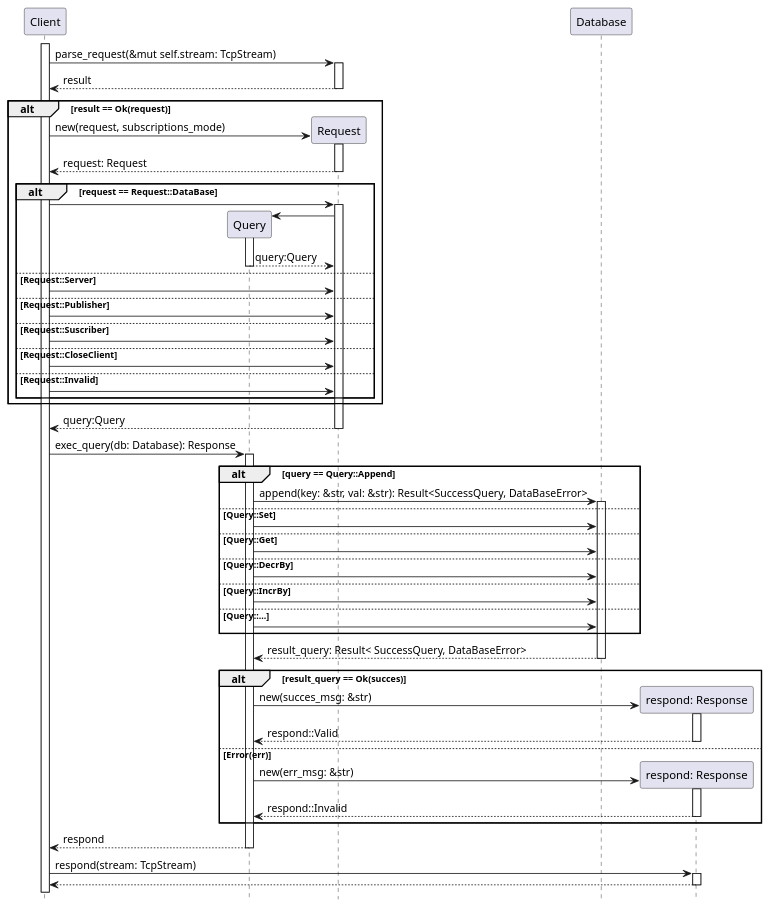
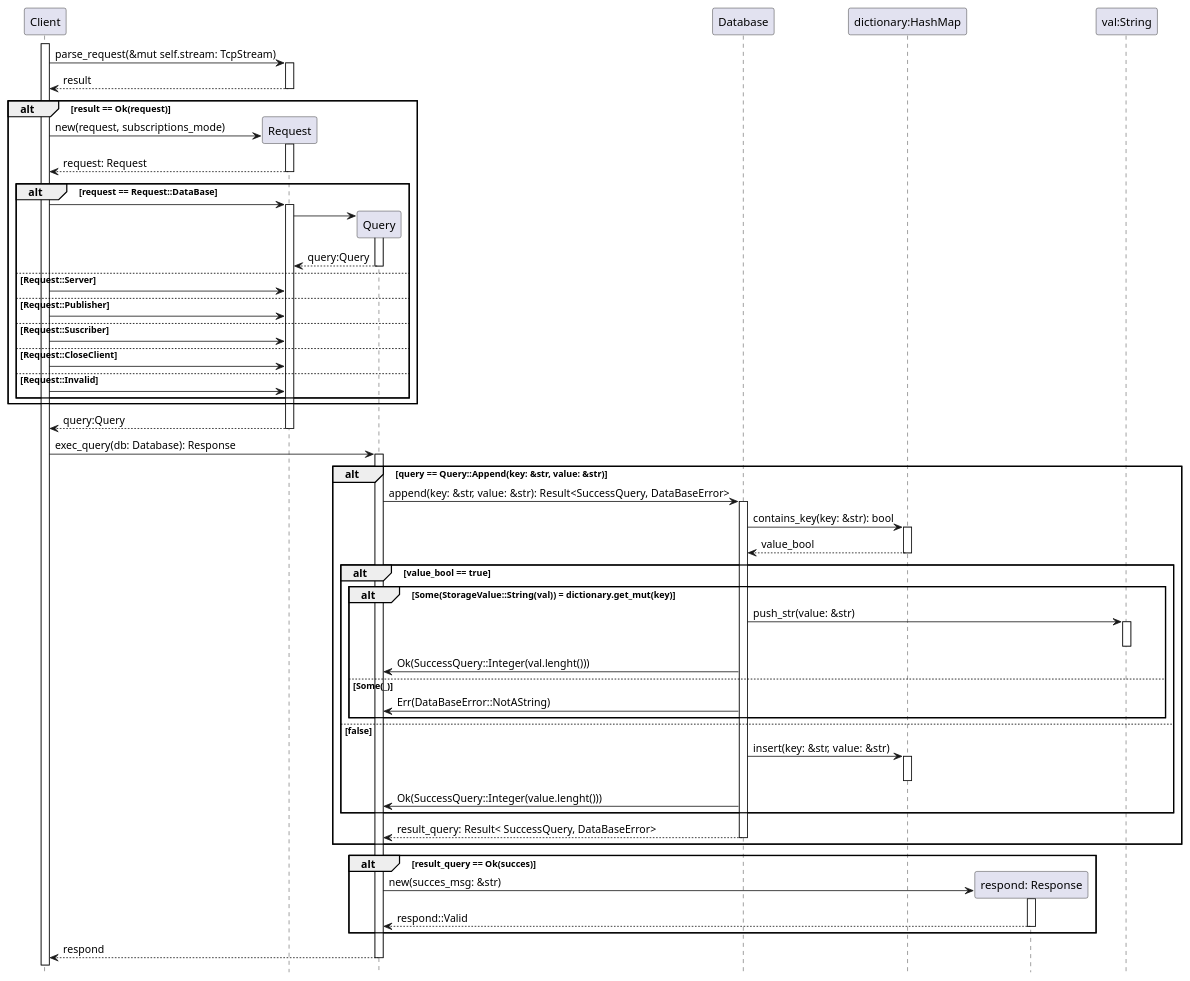
Before and after one commit to taller-1-fiuba-rust/21C1-OxidadosFC: the diagram in src/Diagramas/ds_request_database_append.puml, drawn with PlantUML.

Commit message:
change append diagram

```diff
--- a/src/Diagramas/ds_request_database_append.puml
+++ b/src/Diagramas/ds_request_database_append.puml
@@ -1,68 +1,68 @@
 @startuml handle_client
 hide footbox
 activate Client
 
 
 participant Client order 10
 participant Database order 100
 participant Request order 20
+participant Dictionary as "dictionary:HashMap" order 120
+participant Value as "val:String" order 200
+participant Query order 80
 
     Client -> Request++: parse_request(&mut self.stream: TcpStream)
     return result
 
     alt result == Ok(request) 
         create Request
         Client -> Request++: new(request, subscriptions_mode)
         return request: Request
         alt request == Request::DataBase
             Client -> Request++:
             create Query
             Request -> Query++:
             return query:Query
         else Request::Server
             Client -> Request:
         else Request::Publisher
             Client -> Request:
         else Request::Suscriber
             Client -> Request:
         else Request::CloseClient
             Client -> Request:
         else Request::Invalid
             Client -> Request:
         end
     end
     
     return query:Query
 
     Client -> Query++: exec_query(db: Database): Response
 
-        alt query == Query::Append
-            Query -> Database++: append(key: &str, val: &str): Result<SuccessQuery, DataBaseError>
-        else Query::Set
-            Query -> Database:
-        else Query::Get
-            Query -> Database:
-        else Query::DecrBy
-            Query -> Database:
-        else Query::IncrBy
-            Query -> Database:
-        else Query::...
-            Query -> Database:
+        alt query == Query::Append(key: &str, value: &str)
+            Query -> Database++: append(key: &str, value: &str): Result<SuccessQuery, DataBaseError>
+                Database -> Dictionary++: contains_key(key: &str): bool
+                return value_bool
+                alt value_bool == true
+                    alt Some(StorageValue::String(val)) = dictionary.get_mut(key)
+                        Database -> Value++: push_str(value: &str)
+                        deactivate Value
+                        Database -> Query: Ok(SuccessQuery::Integer(val.lenght()))
+                    else Some(_)
+                        Database -> Query: Err(DataBaseError::NotAString)
+                    end 
+                else false
+                    Database -> Dictionary++: insert(key: &str, value: &str)
+                    deactivate Dictionary
+                    Database -> Query: Ok(SuccessQuery::Integer(value.lenght()))
+                end     
+            return result_query: Result< SuccessQuery, DataBaseError>
         end
-
-            return result_query: Result< SuccessQuery, DataBaseError>
-
     alt result_query == Ok(succes)
         participant Respond as "respond: Response" order 140
         create Respond
         Query -> Respond++: new(succes_msg: &str)
         return respond::Valid
-    else Error(err)
-        create Respond
-        Query -> Respond++: new(err_msg: &str)
-        return respond::Invalid
     end
     return respond
-    Client -> Respond++ : respond(stream: TcpStream)
-        return
 @enduml
```
